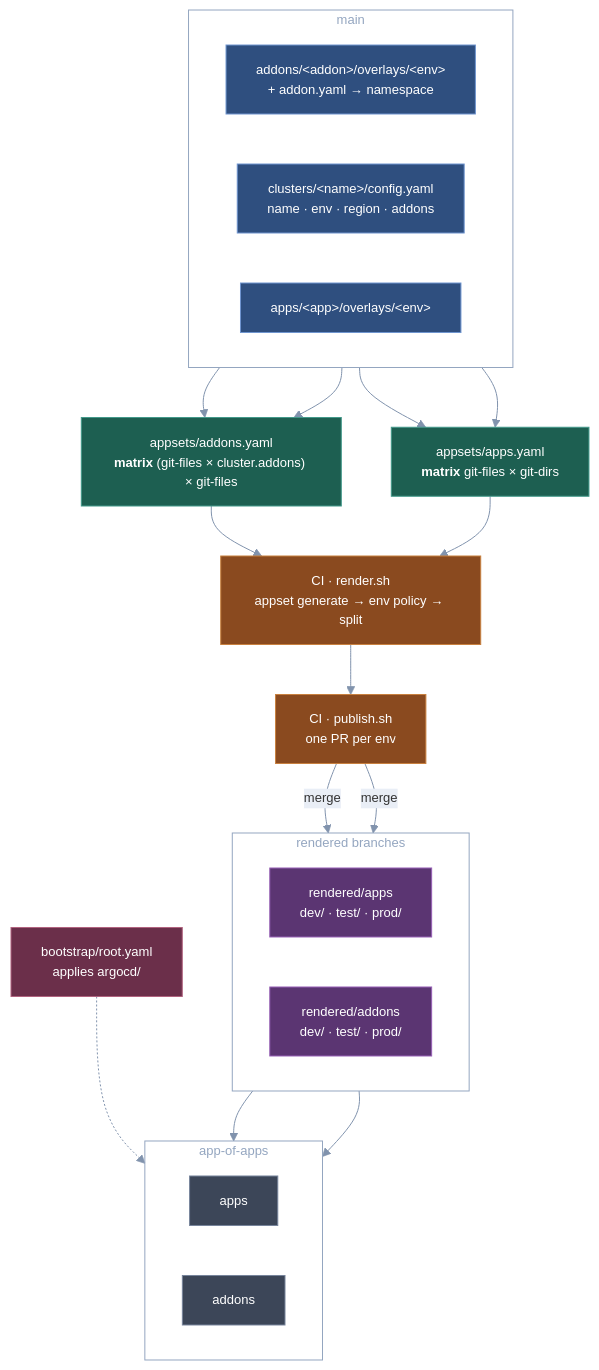
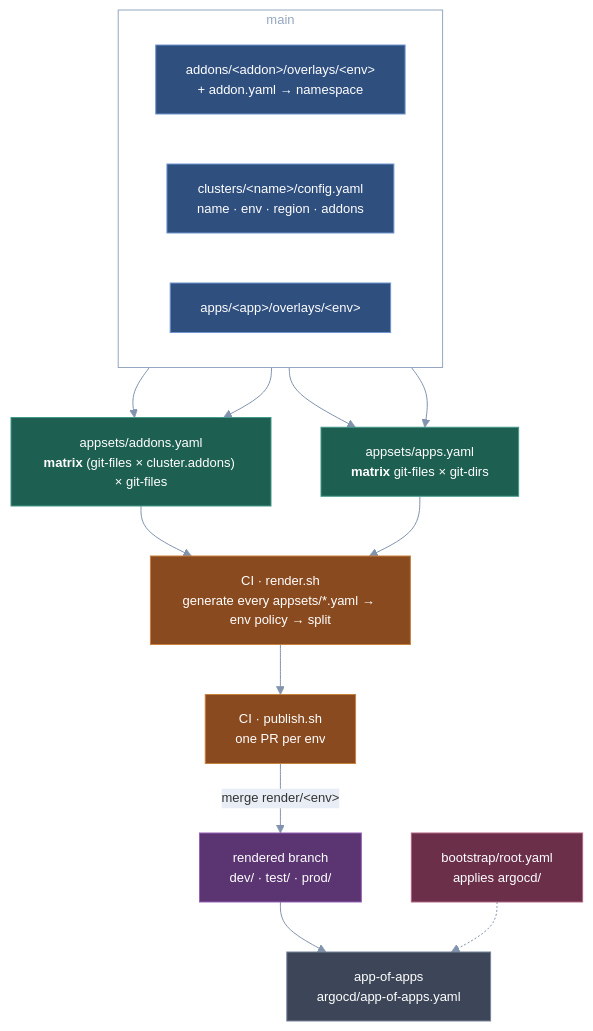
The diagram in README.md (34fathombelow/rendered-appset-manifest), drawn with Mermaid before and after one commit. The commit also changed other lines of this file and 10 other files, not shown here.

First line of the commit message:
Render all AppSets into one branch with one PR per env

````diff
--- a/README.md
+++ b/README.md
@@ -10,65 +14,55 @@
 ```mermaid
 %%{init: {'theme':'base','themeVariables':{
   'fontFamily':'ui-sans-serif,-apple-system,Segoe UI,Helvetica,sans-serif',
   'fontSize':'13px',
   'lineColor':'#8193ad',
   'clusterBkg':'transparent',
   'clusterBorder':'#94a6c0',
   'textColor':'#94a6c0',
   'titleColor':'#94a6c0',
   'edgeLabelBackground':'#e9eef6'
 }}}%%
 flowchart TD
   subgraph SRC["main"]
     direction LR
     D["addons/&lt;addon&gt;/overlays/&lt;env&gt;<br/>+ addon.yaml → namespace"]
     C["clusters/&lt;name&gt;/config.yaml<br/>name · env · region · addons"]
     A["apps/&lt;app&gt;/overlays/&lt;env&gt;"]
   end
 
   AS2["appsets/addons.yaml<br/><b>matrix</b> (git-files × cluster.addons) × git-files"]
   AS1["appsets/apps.yaml<br/><b>matrix</b> git-files × git-dirs"]
 
   D --> AS2
   C --> AS2
   C --> AS1
   A --> AS1
 
-  RS["CI · render.sh<br/>appset generate → env policy → split"]
+  RS["CI · render.sh<br/>generate every appsets/*.yaml → env policy → split"]
   AS2 --> RS
   AS1 --> RS
 
   PR["CI · publish.sh<br/>one PR per env"]
   RS --> PR
 
-  subgraph OUT["rendered branches"]
-    direction LR
-    R1["rendered/apps<br/>dev/ · test/ · prod/"]
-    R2["rendered/addons<br/>dev/ · test/ · prod/"]
-  end
-  PR -- "merge" --> R1
-  PR -- "merge" --> R2
+  R1["rendered branch<br/>dev/ · test/ · prod/"]
+  PR -- "merge render/&lt;env&gt;" --> R1
 
-  subgraph LIVE["app-of-apps"]
-    direction LR
-    AOA1["apps"]
-    AOA2["addons"]
-  end
+  AOA1["app-of-apps<br/>argocd/app-of-apps.yaml"]
   R1 --> AOA1
-  R2 --> AOA2
-  BOOT["bootstrap/root.yaml<br/>applies argocd/"] -.-> LIVE
+  BOOT["bootstrap/root.yaml<br/>applies argocd/"] -.-> AOA1
 
   classDef src    fill:#2f4f7f,stroke:#6f95cf,color:#ffffff,stroke-width:1px
   classDef appset fill:#1d5f51,stroke:#43998a,color:#ffffff,stroke-width:1px
   classDef ci     fill:#8a4a1f,stroke:#c8803f,color:#ffffff,stroke-width:1px
   classDef branch fill:#5b3572,stroke:#9760b6,color:#ffffff,stroke-width:1px
   classDef run    fill:#3c4658,stroke:#77849b,color:#ffffff,stroke-width:1px
   classDef ext    fill:#6b2f4a,stroke:#b1637f,color:#ffffff,stroke-width:1px
 
   class C,A,D src
   class AS1,AS2 appset
   class RS,PR ci
-  class R1,R2 branch
-  class AOA1,AOA2 run
+  class R1 branch
+  class AOA1 run
   class BOOT ext
 ```
````
